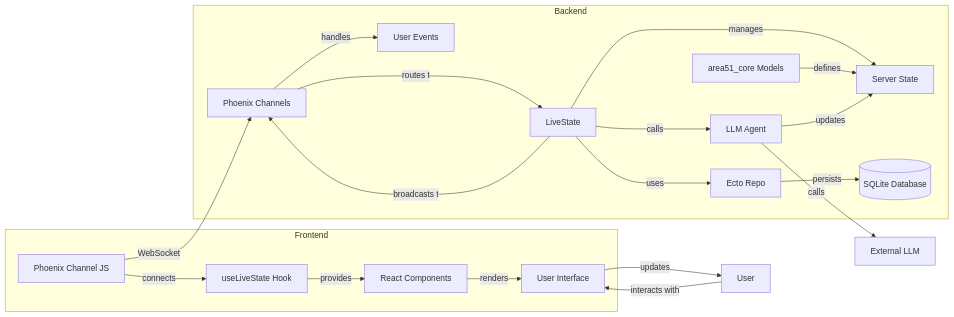
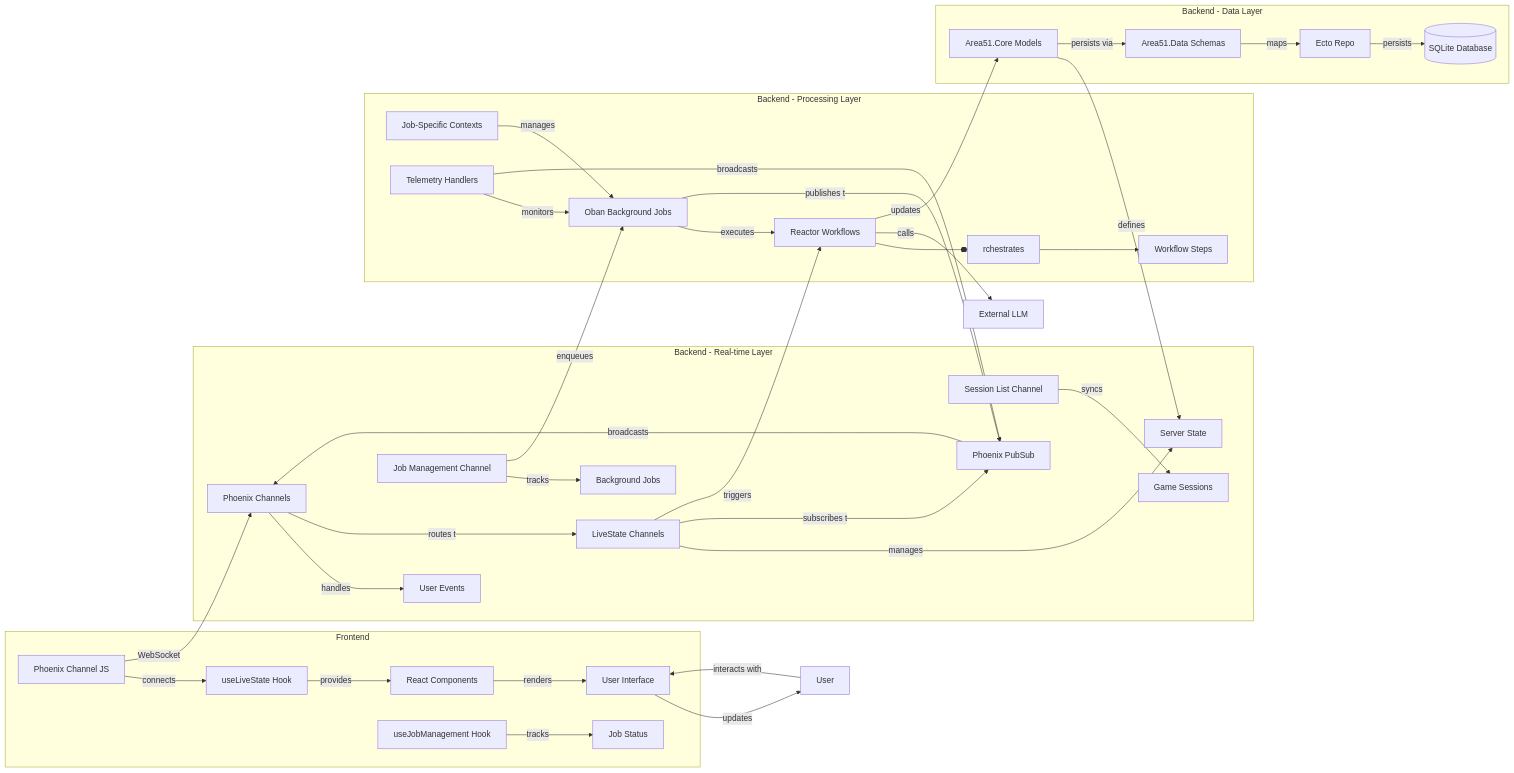
The fourth of 4 diagrams in architecture_diagrams.md (lostbean/project51), drawn with Mermaid before and after one commit. The commit also changed other lines of this file and 2 other files, not shown here.

````diff
--- a/architecture_diagrams.md
+++ b/architecture_diagrams.md
@@ -99,25 +142,44 @@
 ```mermaid
 graph LR
     subgraph "Frontend"
         RC["React Components"]--renders-->UI["User Interface"]
         LSH["useLiveState Hook"]--provides-->RC
         PCJ["Phoenix Channel JS"]--connects-->LSH
+        JobHook["useJobManagement Hook"]--tracks-->JobStatus["Job Status"]
     end
 
-    subgraph "Backend"
+    subgraph "Backend - Real-time Layer"
         PC["Phoenix Channels"]--handles-->Events["User Events"]
-        LS["LiveState"]--manages-->State["Server State"]
+        LS["LiveState Channels"]--manages-->State["Server State"]
+        JMC["Job Management Channel"]--tracks-->Jobs["Background Jobs"]
+        SLC["Session List Channel"]--syncs-->Sessions["Game Sessions"]
         PC--routes to-->LS
-        LS--broadcasts to-->PC
-        LS--calls-->LLMA["LLM Agent"]
-        Core["area51_core Models"]--defines-->State
-        LLMA--updates-->State
-        LS--uses-->Repo["Ecto Repo"]
+        LS--subscribes to-->PubSub["Phoenix PubSub"]
+        PubSub--broadcasts-->PC
+    end
+
+    subgraph "Backend - Processing Layer"
+        ReactorWF["Reactor Workflows"]--orchestrates-->Steps["Workflow Steps"]
+        ObanJobs["Oban Background Jobs"]--executes-->ReactorWF
+        JobContexts["Job-Specific Contexts"]--manages-->ObanJobs
+        TelemetryHandlers["Telemetry Handlers"]--monitors-->ObanJobs
+    end
+
+    subgraph "Backend - Data Layer"
+        Core["Area51.Core Models"]--defines-->State
+        DataSchemas["Area51.Data Schemas"]--maps-->Repo["Ecto Repo"]
         Repo--persists-->DB[("SQLite Database")]
     end
 
     PCJ--WebSocket-->PC
     User--interacts with-->UI
     UI--updates-->User
-    LLMA--calls-->LLM["External LLM"]
+    
+    LS--triggers-->ReactorWF
+    JMC--enqueues-->ObanJobs
+    ReactorWF--calls-->LLM["External LLM"]
+    ReactorWF--updates-->Core
+    ObanJobs--publishes to-->PubSub
+    TelemetryHandlers--broadcasts-->PubSub
+    Core--persists via-->DataSchemas
 ```
````
